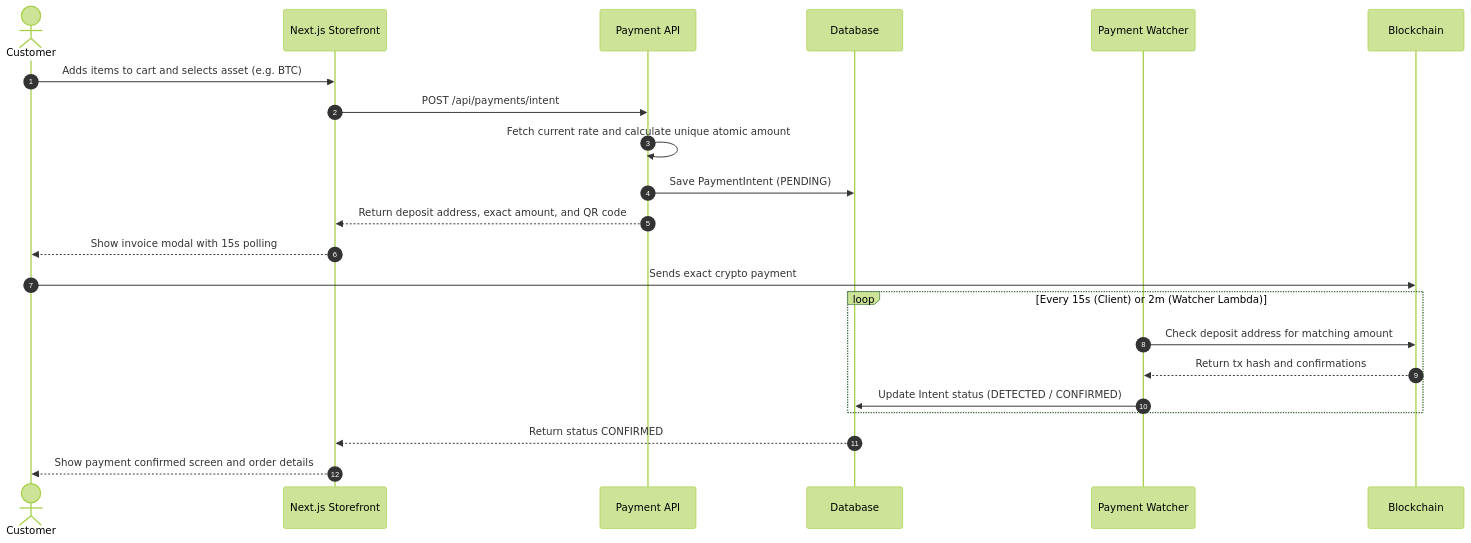
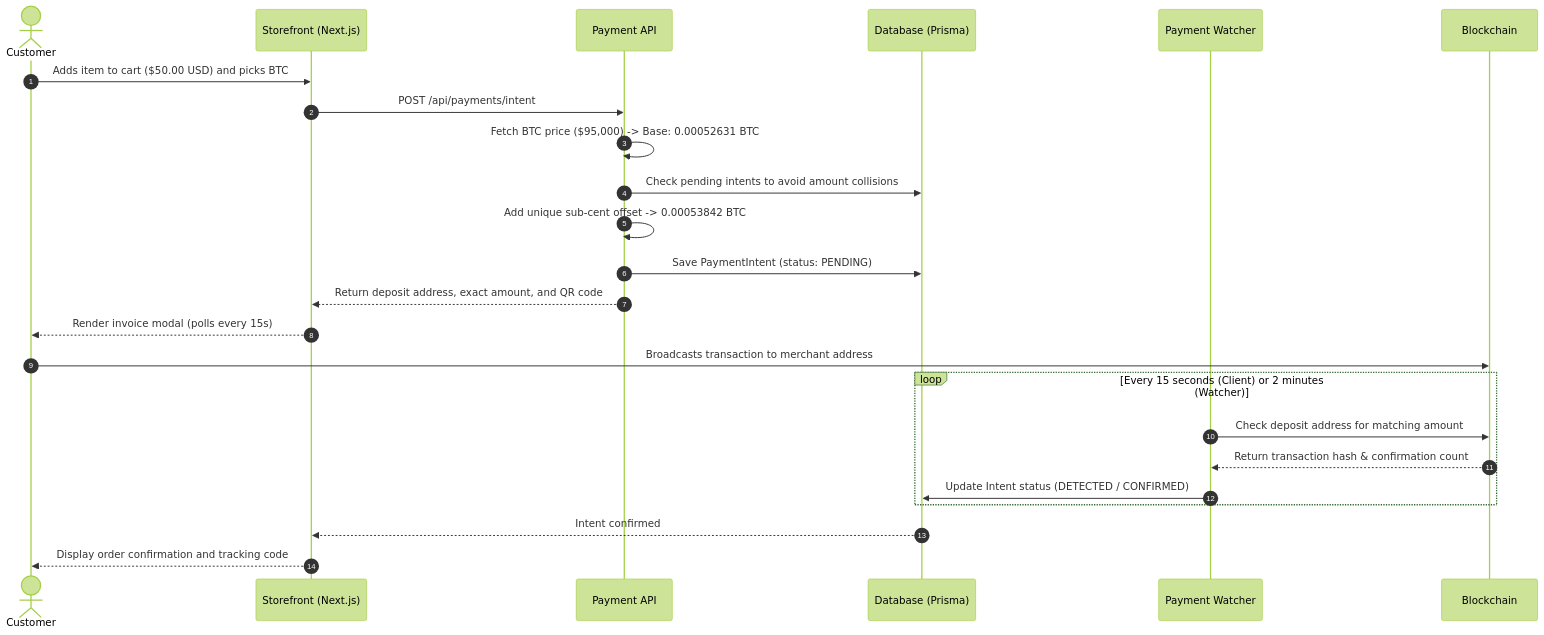
Before and after one commit to dustindog101/crypto-ecom-template: the diagram in README.md, drawn with Mermaid (forest theme). The commit also changed other lines of this file and 1 other file, not shown here.

````diff
--- a/README.md
+++ b/README.md
@@ -99,27 +141,29 @@
 ```mermaid
 sequenceDiagram
     autonumber
-    actor Buyer as Customer
-    participant Web as Next.js Storefront
+    actor Customer
+    participant Frontend as Storefront (Next.js)
     participant API as Payment API
-    participant DB as Database
+    participant DB as Database (Prisma)
     participant Watcher as Payment Watcher
     participant Chain as Blockchain
 
-    Buyer->>Web: Adds items to cart and selects asset (e.g. BTC)
-    Web->>API: POST /api/payments/intent
-    API->>API: Fetch current rate and calculate unique atomic amount
-    API->>DB: Save PaymentIntent (PENDING)
-    API-->>Web: Return deposit address, exact amount, and QR code
-    Web-->>Buyer: Show invoice modal with 15s polling
+    Customer->>Frontend: Adds item to cart ($50.00 USD) and picks BTC
+    Frontend->>API: POST /api/payments/intent
+    API->>API: Fetch BTC price ($95,000) -> Base: 0.00052631 BTC
+    API->>DB: Check pending intents to avoid amount collisions
+    API->>API: Add unique sub-cent offset -> 0.00053842 BTC
+    API->>DB: Save PaymentIntent (status: PENDING)
+    API-->>Frontend: Return deposit address, exact amount, and QR code
+    Frontend-->>Customer: Render invoice modal (polls every 15s)
 
-    Buyer->>Chain: Sends exact crypto payment
-    loop Every 15s (Client) or 2m (Watcher Lambda)
+    Customer->>Chain: Broadcasts transaction to merchant address
+    loop Every 15 seconds (Client) or 2 minutes (Watcher)
         Watcher->>Chain: Check deposit address for matching amount
-        Chain-->>Watcher: Return tx hash and confirmations
+        Chain-->>Watcher: Return transaction hash & confirmation count
         Watcher->>DB: Update Intent status (DETECTED / CONFIRMED)
     end
 
-    DB-->>Web: Return status CONFIRMED
-    Web-->>Buyer: Show payment confirmed screen and order details
+    DB-->>Frontend: Intent confirmed
+    Frontend-->>Customer: Display order confirmation and tracking code
 ```
````
